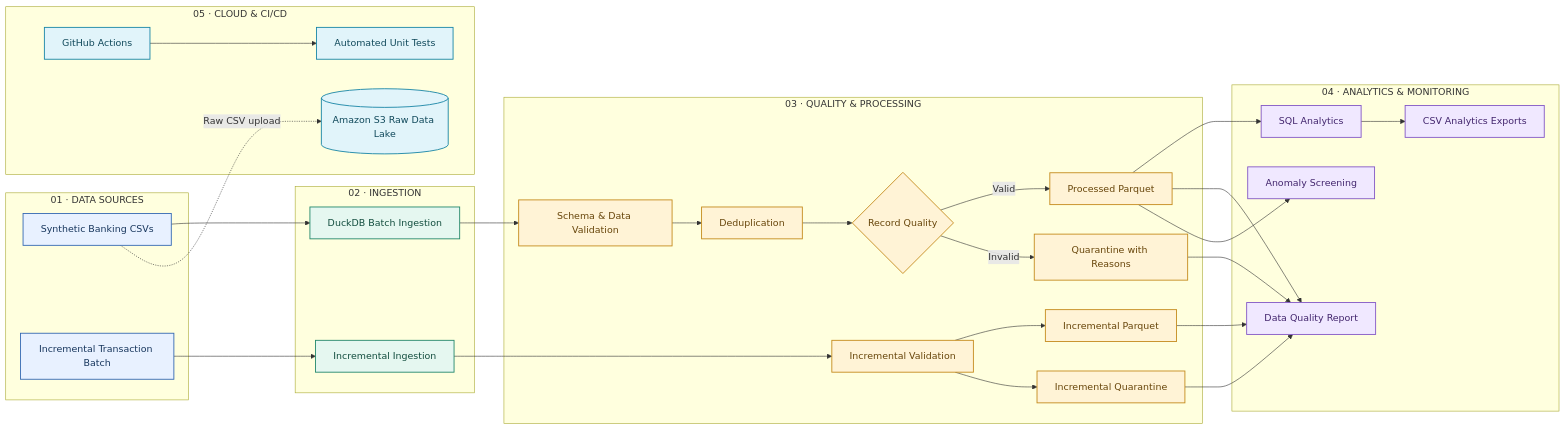
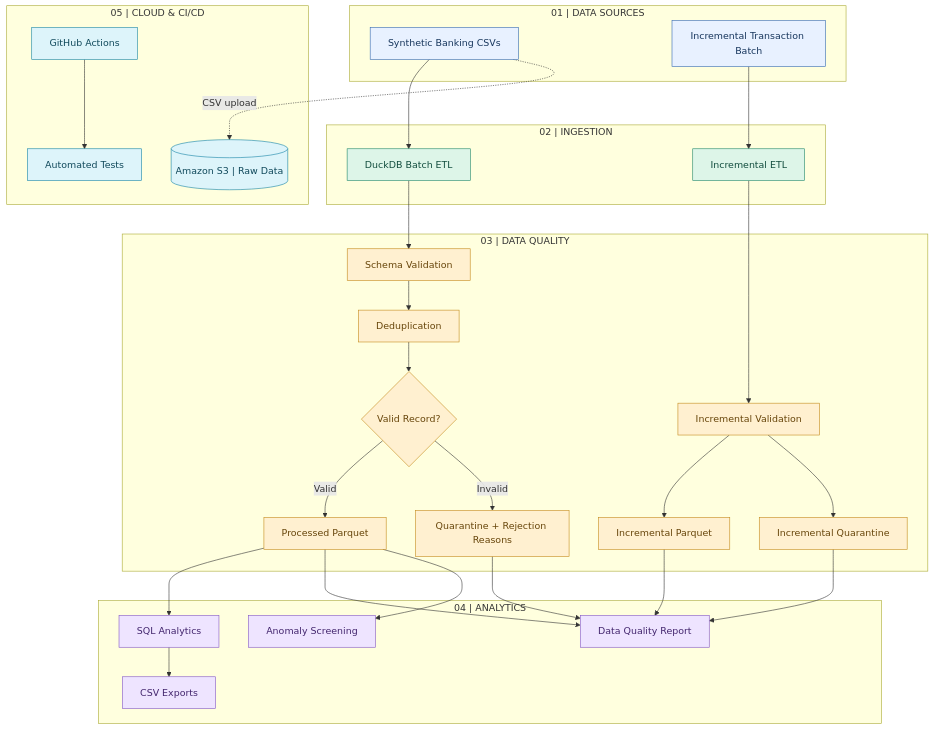
One commit to Vaishnav-K/ai-enhanced-banking-data-platform changed the diagram in README.md. Above: the diagram before and after it, drawn with Mermaid.

Commit message:
Refine architecture diagram layout

````diff
--- a/README.md
+++ b/README.md
@@ -7,71 +7,65 @@
 ```mermaid
-flowchart LR
-    subgraph SRC["01 · DATA SOURCES"]
+flowchart TB
+    subgraph S1["01 | DATA SOURCES"]
         A["Synthetic Banking CSVs"]
         B["Incremental Transaction Batch"]
     end
 
-    subgraph ING["02 · INGESTION"]
-        C["DuckDB Batch Ingestion"]
-        D["Incremental Ingestion"]
+    subgraph S2["02 | INGESTION"]
+        C["DuckDB Batch ETL"]
+        D["Incremental ETL"]
     end
 
-    subgraph PROC["03 · QUALITY & PROCESSING"]
-        E["Schema & Data Validation"]
+    subgraph S3["03 | DATA QUALITY"]
+        E["Schema Validation"]
         F["Deduplication"]
-        G{"Record Quality"}
+        G{"Valid Record?"}
         H["Processed Parquet"]
-        I["Quarantine with Reasons"]
+        I["Quarantine + Rejection Reasons"]
         J["Incremental Validation"]
         K["Incremental Parquet"]
         L["Incremental Quarantine"]
     end
 
-    subgraph ANA["04 · ANALYTICS & MONITORING"]
+    subgraph S4["04 | ANALYTICS"]
         M["SQL Analytics"]
         N["Data Quality Report"]
         O["Anomaly Screening"]
-        P["CSV Analytics Exports"]
+        P["CSV Exports"]
     end
 
-    subgraph CLOUD["05 · CLOUD & CI/CD"]
-        Q[("Amazon S3 Raw Data Lake")]
+    subgraph S5["05 | CLOUD & CI/CD"]
+        Q[("Amazon S3 | Raw Data")]
         R["GitHub Actions"]
-        S["Automated Unit Tests"]
+        T["Automated Tests"]
+        R --> T
     end
 
-    A --> C
-    C --> E
-    E --> F
-    F --> G
+    A --> C --> E --> F --> G
     G -->|Valid| H
     G -->|Invalid| I
-
-    B --> D
-    D --> J
+    B --> D --> J
     J --> K
     J --> L
 
-    H --> M
+    H --> M --> P
     H --> N
     H --> O
-    M --> P
     I --> N
     K --> N
     L --> N
 
-    A -. "Raw CSV upload" .-> Q
-    R --> S
+    A -. "CSV upload" .-> Q
 
-    classDef source fill:#E8F1FF,stroke:#3267B2,color:#17365D,stroke-width:1.5px
-    classDef ingest fill:#E5F7F0,stroke:#21876A,color:#124D3E,stroke-width:1.5px
-    classDef process fill:#FFF3D6,stroke:#C48A1B,color:#67450A,stroke-width:1.5px
-    classDef analytics fill:#F0E8FF,stroke:#8256C5,color:#42256D,stroke-width:1.5px
-    classDef cloud fill:#E1F4FA,stroke:#1684A5,color:#10495B,stroke-width:1.5px
+    classDef source fill:#E8F1FF,stroke:#3267B2,color:#17365D
+    classDef ingest fill:#DDF5E8,stroke:#21876A,color:#124D3E
+    classDef quality fill:#FFF0D0,stroke:#C48A1B,color:#67450A
+    classDef analytics fill:#EEE4FF,stroke:#8256C5,color:#42256D
+    classDef cloud fill:#DDF4FA,stroke:#1684A5,color:#10495B
 
     class A,B source
     class C,D ingest
-    class E,F,G,H,I,J,K,L process
+    class E,F,G,H,I,J,K,L quality
     class M,N,O,P analytics
-    class Q,R,S cloud
+    class Q,R,T cloud
 ```
````
